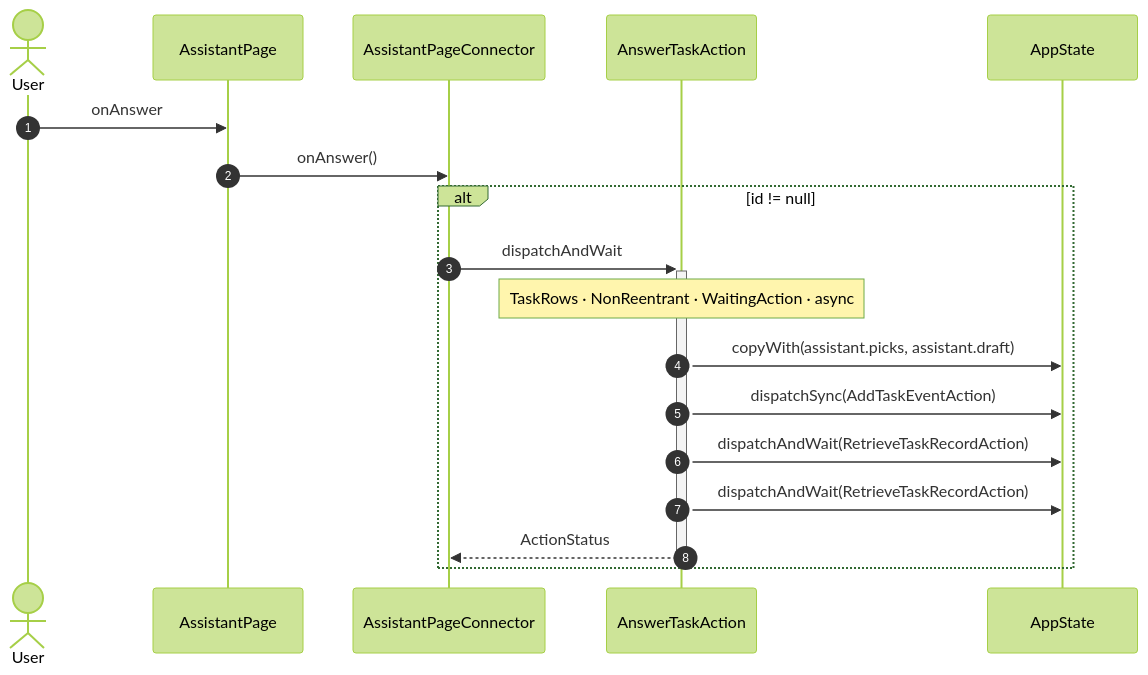
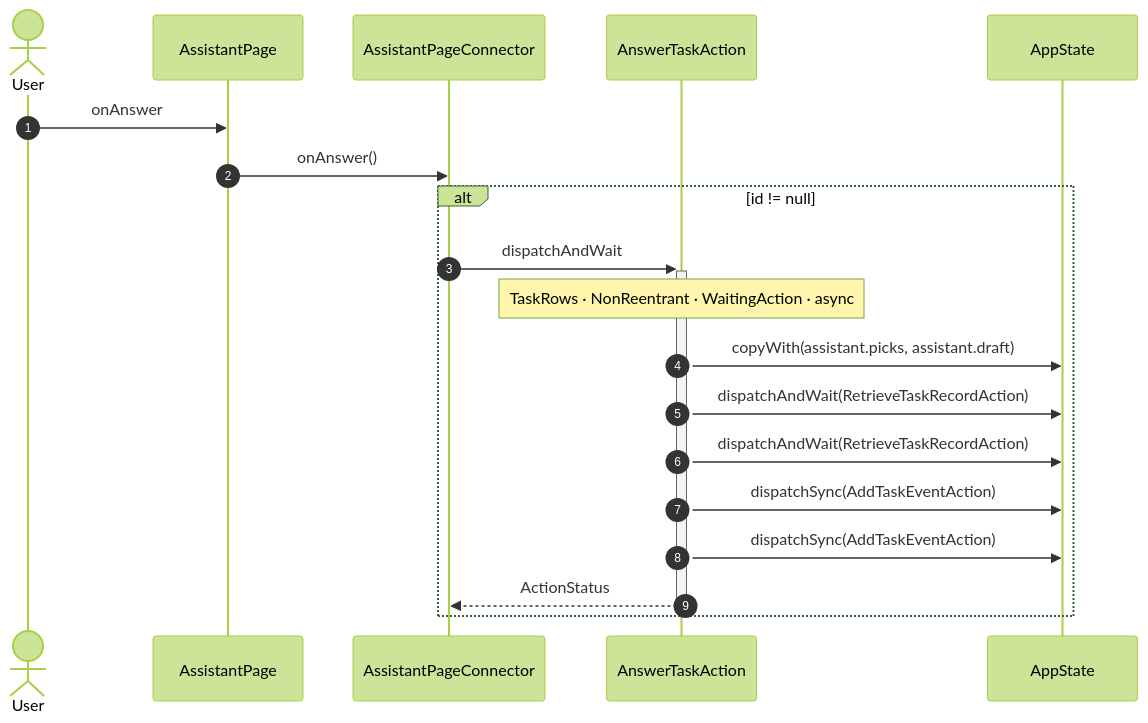
One commit to gencto/wyrm changed the third of 12 diagrams in studio/docs/flows/assistant.md. Above: the diagram before and after it, drawn with Mermaid (forest theme). The commit also changed 4 other files, not shown here.

````diff
--- a/studio/docs/flows/assistant.md
+++ b/studio/docs/flows/assistant.md
@@ -45,21 +45,22 @@
 ```mermaid
 sequenceDiagram
     autonumber
     actor User
     participant UI as AssistantPage
     participant VM as AssistantPageConnector
     participant A1 as AnswerTaskAction
     participant ST as AppState
 
     User->>UI: onAnswer
     UI->>VM: onAnswer()
     alt id != null
         VM->>+A1: dispatchAndWait
         Note over A1: TaskRows · NonReentrant · WaitingAction · async
         A1->>ST: copyWith(assistant.picks, assistant.draft)
-        A1->>ST: dispatchSync(AddTaskEventAction)
         A1->>ST: dispatchAndWait(RetrieveTaskRecordAction)
         A1->>ST: dispatchAndWait(RetrieveTaskRecordAction)
+        A1->>ST: dispatchSync(AddTaskEventAction)
+        A1->>ST: dispatchSync(AddTaskEventAction)
         A1-->>-VM: ActionStatus
     end
 ```
````
